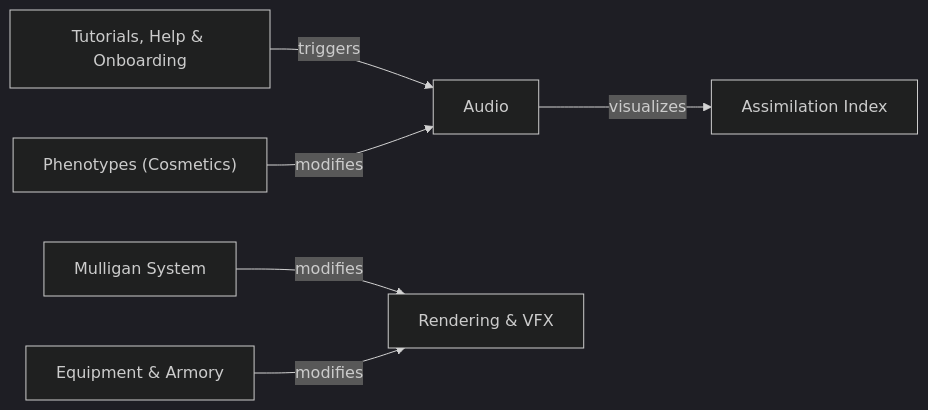
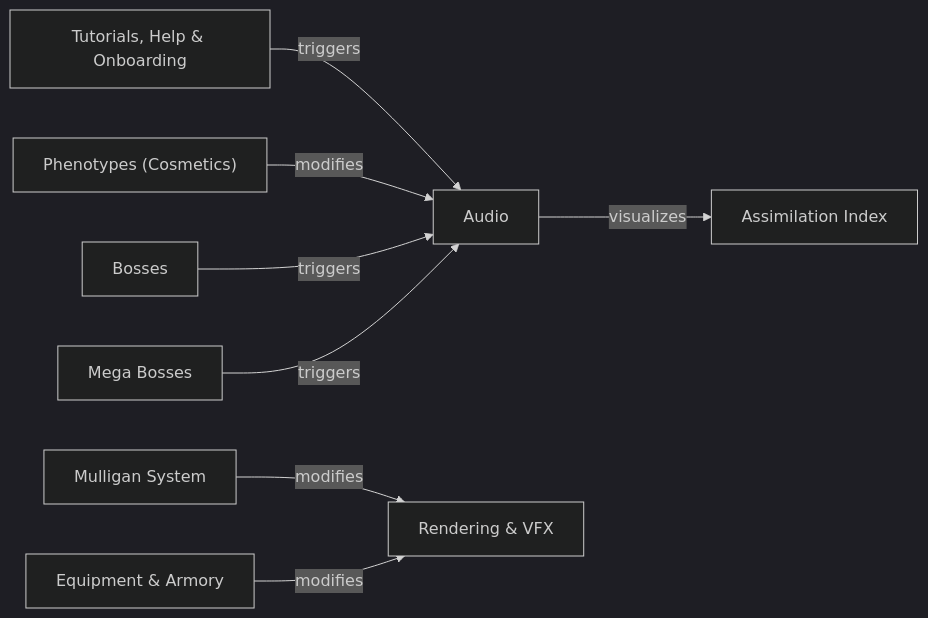
The fourth of 4 diagrams in docs/DIL_GRAPH.md (jathanalston-ship-it/TowerDefenseGame), drawn with Mermaid (dark theme) before and after one commit. The commit also changed other lines of this file and 10 other files, not shown here.

````diff
--- a/docs/DIL_GRAPH.md
+++ b/docs/DIL_GRAPH.md
@@ -332,8 +332,10 @@
 ```mermaid
 graph LR
   system_audio["Audio"] -->|visualizes| system_assimilation["Assimilation Index"]
   system_mulligans["Mulligan System"] -->|modifies| system_rendering["Rendering & VFX"]
   system_equipment["Equipment & Armory"] -->|modifies| system_rendering["Rendering & VFX"]
   system_onboarding["Tutorials, Help & Onboarding"] -->|triggers| system_audio["Audio"]
   system_cosmetics["Phenotypes (Cosmetics)"] -->|modifies| system_audio["Audio"]
+  system_bosses["Bosses"] -->|triggers| system_audio["Audio"]
+  system_mega_bosses["Mega Bosses"] -->|triggers| system_audio["Audio"]
 ```
````
